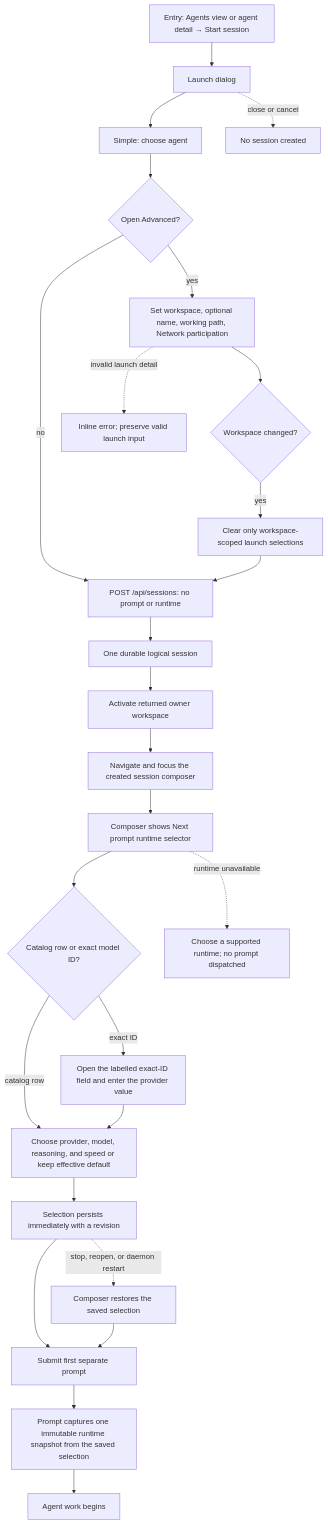
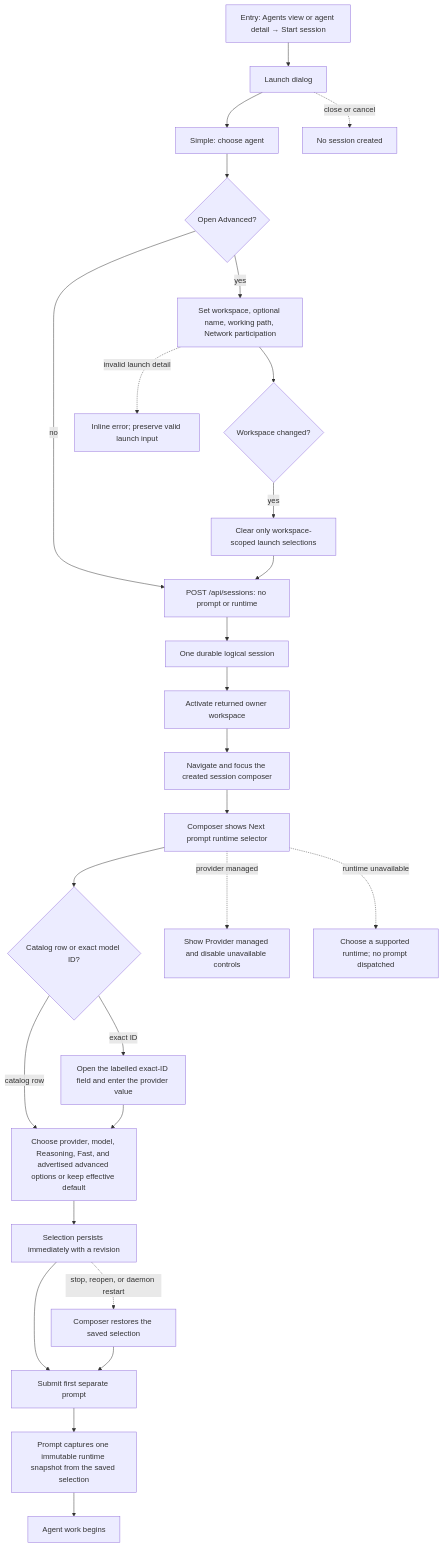
One commit to compozy/compozy changed the diagram in docs/qa/journeys/J-17-session-create-unified-selector.md. Above: the diagram before and after it, drawn with Mermaid. The commit also changed other lines of this file and 630 other files, not shown here.

````diff
--- a/docs/qa/journeys/J-17-session-create-unified-selector.md
+++ b/docs/qa/journeys/J-17-session-create-unified-selector.md
@@ -9,28 +9,29 @@
 ```mermaid
 flowchart TD
     E1[Entry: Agents view or agent detail → Start session] --> D[Launch dialog]
     D --> S[Simple: choose agent]
     S --> ADV{Open Advanced?}
     ADV -->|yes| A[Set workspace, optional name, working path, Network participation]
     ADV -->|no| POST
     A --> W{Workspace changed?}
     W -->|yes| CLR[Clear only workspace-scoped launch selections]
     CLR --> POST[POST /api/sessions: no prompt or runtime]
     POST --> ACCEPT[One durable logical session]
     ACCEPT --> ACT[Activate returned owner workspace]
     ACT --> NAV[Navigate and focus the created session composer]
     NAV --> SEL[Composer shows Next prompt runtime selector]
     SEL --> CHOICE{Catalog row or exact model ID?}
-    CHOICE -->|catalog row| PICK[Choose provider, model, reasoning, and speed or keep effective default]
+    CHOICE -->|catalog row| PICK[Choose provider, model, Reasoning, Fast, and advertised advanced options or keep effective default]
     CHOICE -->|exact ID| EXACT[Open the labelled exact-ID field and enter the provider value]
     EXACT --> PICK
     PICK --> SAVE[Selection persists immediately with a revision]
     SAVE --> SEND[Submit first separate prompt]
     SEND --> SNAP[Prompt captures one immutable runtime snapshot from the saved selection]
     SNAP --> RUN[Agent work begins]
     SAVE -.->|stop, reopen, or daemon restart| RESTORE[Composer restores the saved selection]
     RESTORE --> SEND
     D -.->|close or cancel| ABORT[No session created]
     A -.->|invalid launch detail| FIX[Inline error; preserve valid launch input]
+    SEL -.->|provider managed| MANAGED[Show Provider managed and disable unavailable controls]
     SEL -.->|runtime unavailable| RECOVER[Choose a supported runtime; no prompt dispatched]
 ```
````
